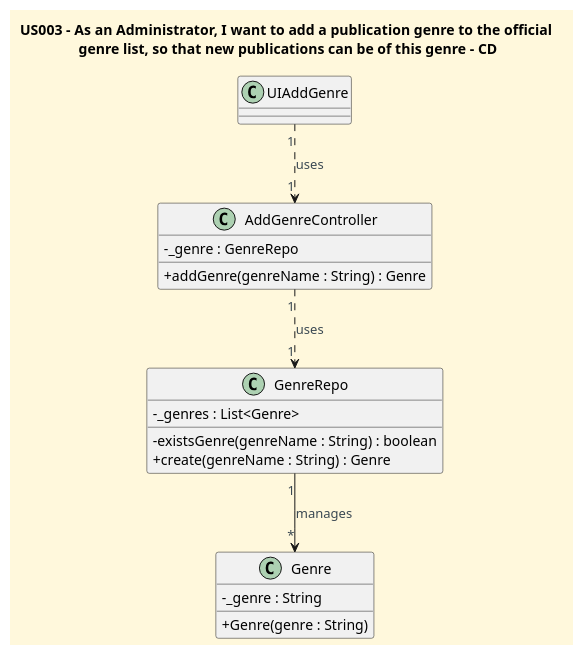
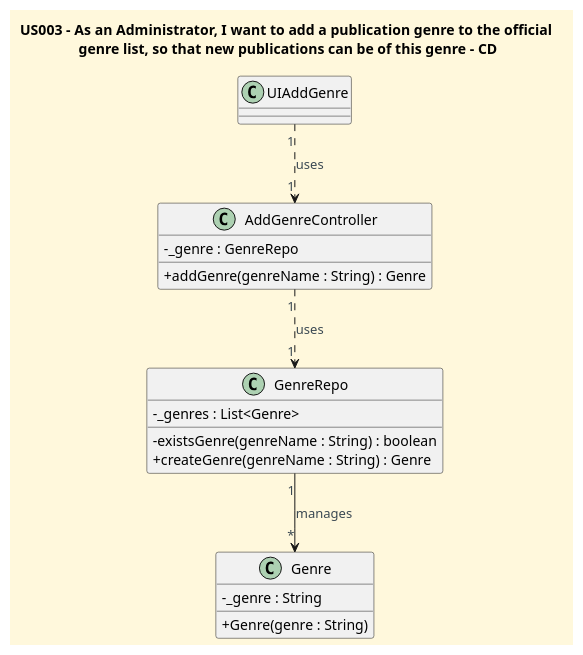
Before and after one commit to CarolinaLeite-collab/JavaMarketplacePlatform: the diagram in docs/userStories/US003/US003_add_genre_CD.puml, drawn with PlantUML. The commit also changed 1 other file, not shown here.

```diff
--- a/docs/userStories/US003/US003_add_genre_CD.puml
+++ b/docs/userStories/US003/US003_add_genre_CD.puml
@@ -1,42 +1,42 @@
 @startuml
 title "US003 - As an Administrator, I want to add a publication genre to the official \ngenre list, so that new publications can be of this genre - CD"
 
 '==== basic style ====
 skinparam monochrome false
 skinparam shadowing false
 skinparam defaultFontName Futura
 skinparam objectFontSize 20
 skinparam backgroundColor CornSilk
 skinparam objectBackgroundColor WhiteSmoke
 skinparam noteBackgroundColor #FFFFE0
 skinparam ArrowFontColor #3B4953
 skinparam ActivationBackgroundColor black
 skinparam classAttributeIconSize 0
 
 '==== Classes ====
 class UIAddGenre {
 
 }
 
 class AddGenreController {
     - _genre : GenreRepo
     + addGenre(genreName : String) : Genre
 }
 
 class GenreRepo {
     - _genres : List<Genre>
     - existsGenre(genreName : String) : boolean
-    + create(genreName : String) : Genre
+    + createGenre(genreName : String) : Genre
 }
 
 class Genre {
     - _genre : String
     + Genre(genre : String)
 }
 
 '==== Relationships ====
 UIAddGenre "1" ..> "1" AddGenreController : uses
 AddGenreController "1" ..> "1" GenreRepo : uses
 GenreRepo "1" --> "*" Genre : manages
 
 @enduml
```
